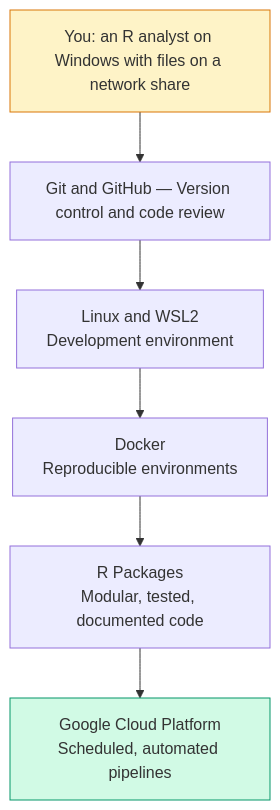
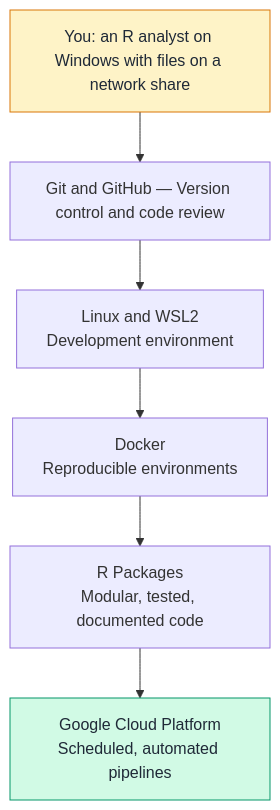
The first of 2 diagrams in docs/index.md (Ch3w3y/docker_gcp), drawn with Mermaid before and after one commit. The commit also changed other lines of this file and 7 other files, not shown here.

First line of the commit message:
fix(docs): fix Mermaid contrast for dark mode and replace \n with <br/>

````diff
--- a/docs/index.md
+++ b/docs/index.md
@@ -24,14 +24,14 @@
 ```mermaid
 flowchart TD
     A["You: an R analyst on Windows with files on a network share"]
     B["Git and GitHub — Version control and code review"]
-    C["Linux and WSL2\nDevelopment environment"]
-    D["Docker\nReproducible environments"]
-    E["R Packages\nModular, tested, documented code"]
-    F["Google Cloud Platform\nScheduled, automated pipelines"]
+    C["Linux and WSL2<br/>Development environment"]
+    D["Docker<br/>Reproducible environments"]
+    E["R Packages<br/>Modular, tested, documented code"]
+    F["Google Cloud Platform<br/>Scheduled, automated pipelines"]
 
     A --> B --> C --> D --> E --> F
 
-    style A fill:#fef3c7,stroke:#d97706
-    style F fill:#d1fae5,stroke:#059669
+    style A fill:#fef3c7,stroke:#d97706,color:#1f2937
+    style F fill:#d1fae5,stroke:#059669,color:#1f2937
 ```
````
